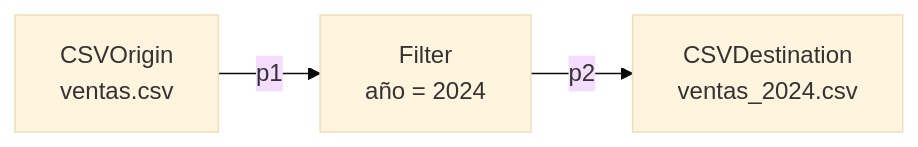
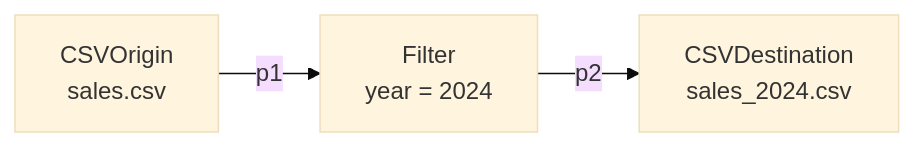
The first of 3 diagrams in README.md (bernardo-colorado-dubois/open-stage), drawn with Mermaid (base theme) before and after one commit. The commit also changed other lines of this file and 1 other file, not shown here.

````diff
--- a/README.md
+++ b/README.md
@@ -80,5 +80,5 @@
 ```mermaid
 graph LR
-    A[CSVOrigin<br/>ventas.csv] -->|p1| B[Filter<br/>año = 2024]
-    B -->|p2| C[CSVDestination<br/>ventas_2024.csv]
+    A[CSVOrigin<br/>sales.csv] -->|p1| B[Filter<br/>year = 2024]
+    B -->|p2| C[CSVDestination<br/>sales_2024.csv]
 ```
````
